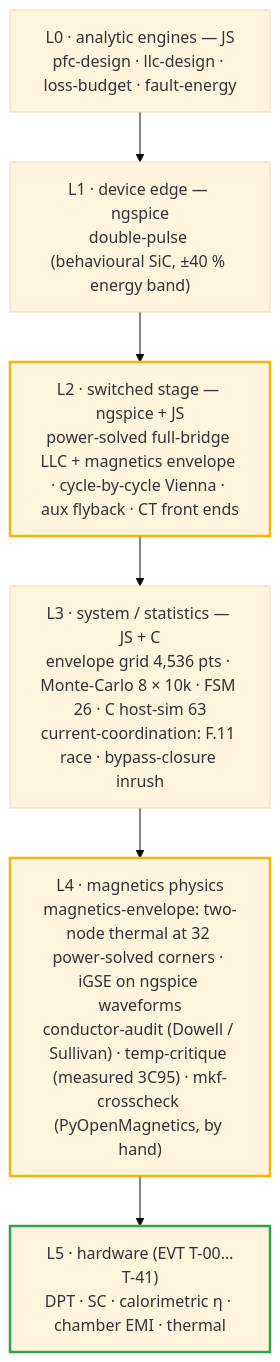
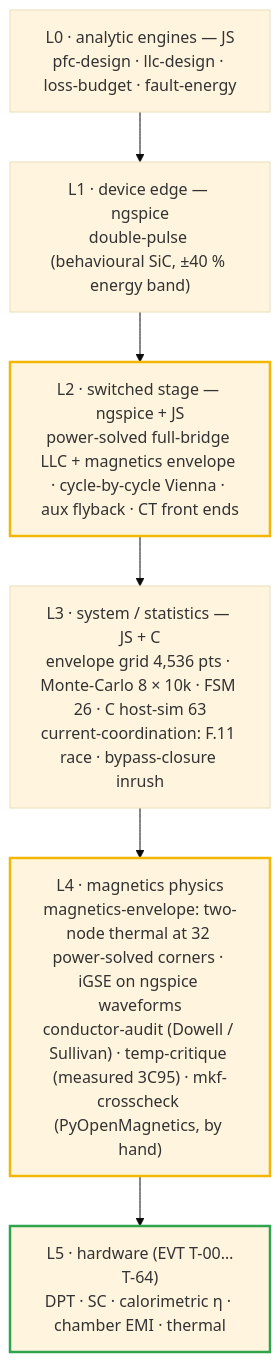
Before and after one commit to vectivolt/DC-Modules: the first of 2 diagrams in docs/simulation-toolchain.md, drawn with Mermaid (base theme). The commit also changed other lines of this file and 37 other files, not shown here.

First line of the commit message:
E81 docs: premium polish pass — 42 pages restructured, 80 diagrams, 61+ stale claims fixed, gates synced

````diff
--- a/docs/simulation-toolchain.md
+++ b/docs/simulation-toolchain.md
@@ -29,13 +39,13 @@
 ```mermaid
 flowchart TB
-  L5["L5 · hardware (EVT T-00…T-41)<br/>DPT · SC · calorimetric η · chamber EMI · thermal"]
+  L5["L5 · hardware (EVT T-00…T-64)<br/>DPT · SC · calorimetric η · chamber EMI · thermal"]
   L4["L4 · magnetics physics<br/>magnetics-envelope: two-node thermal at 32 power-solved corners · iGSE on ngspice waveforms<br/>conductor-audit (Dowell / Sullivan) · temp-critique (measured 3C95) · mkf-crosscheck (PyOpenMagnetics, by hand)"]
   L3["L3 · system / statistics — JS + C<br/>envelope grid 4,536 pts · Monte-Carlo 8 × 10k · FSM 26 · C host-sim 63<br/>current-coordination: F.11 race · bypass-closure inrush"]
   L2["L2 · switched stage — ngspice + JS<br/>power-solved full-bridge LLC + magnetics envelope · cycle-by-cycle Vienna · aux flyback · CT front ends"]
   L1["L1 · device edge — ngspice<br/>double-pulse (behavioural SiC, ±40 % energy band)"]
   L0["L0 · analytic engines — JS<br/>pfc-design · llc-design · loss-budget · fault-energy"]
   L0 --> L1 --> L2 --> L3 --> L4 --> L5
   style L2 stroke:#f2b705,stroke-width:2.5px
   style L4 stroke:#f2b705,stroke-width:2.5px
   style L5 stroke:#2ea44f,stroke-width:2.5px
 ```
````
